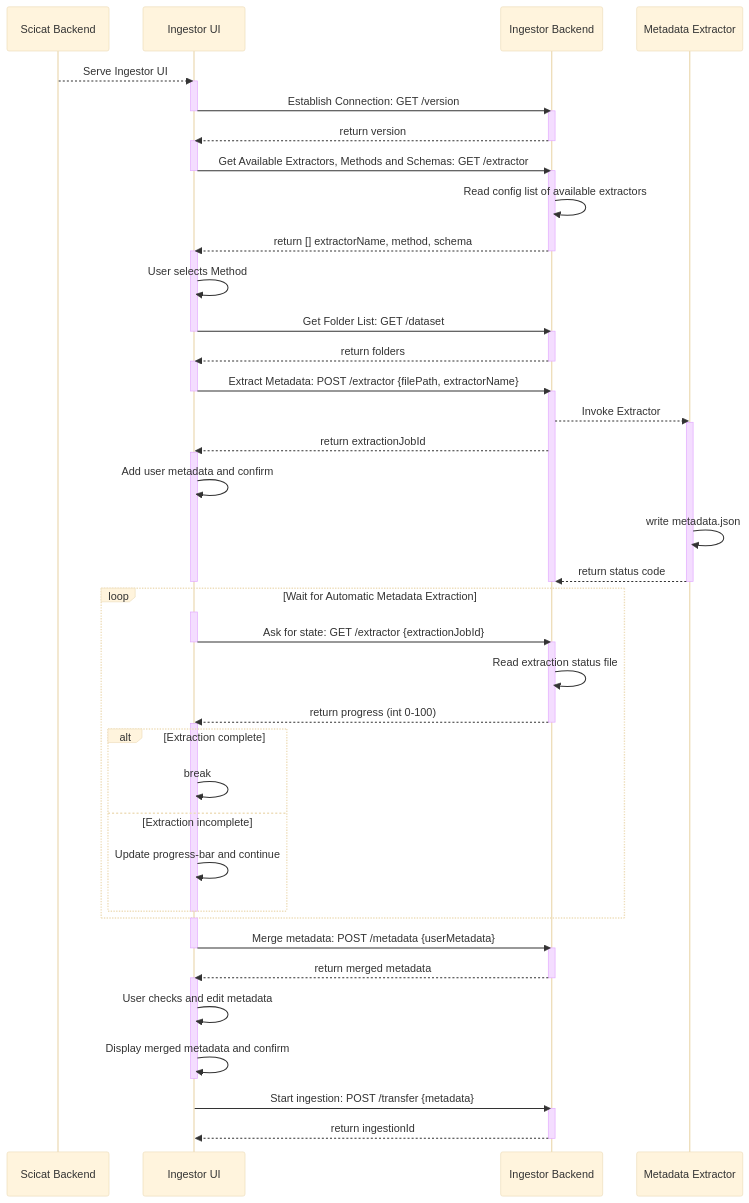
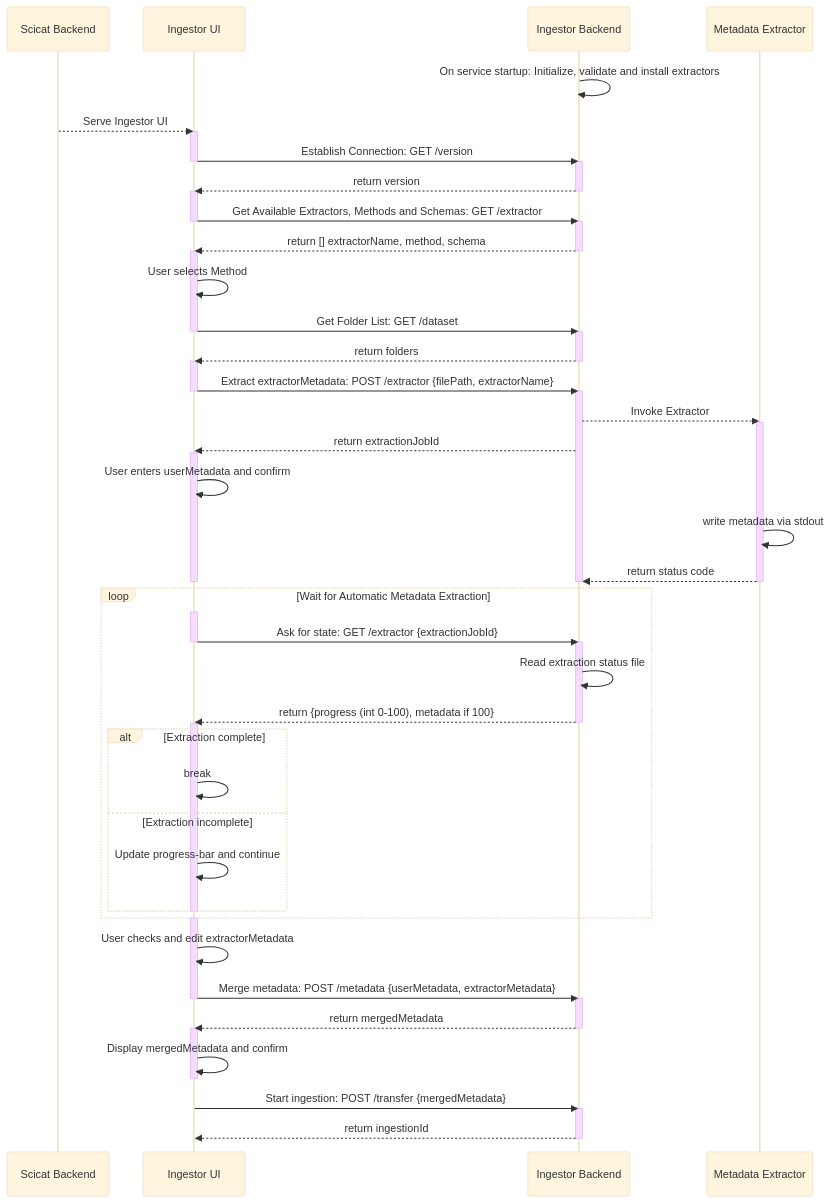
One commit to SwissOpenEM/openem-docs changed the diagram in docs/developer_docs/uiWorkflowSequence.md. Above: the diagram before and after it, drawn with Mermaid (base theme). The commit also changed other lines of this file, not shown here.

````diff
--- a/docs/developer_docs/uiWorkflowSequence.md
+++ b/docs/developer_docs/uiWorkflowSequence.md
@@ -8,77 +21,77 @@
 ```mermaid
 sequenceDiagram
   participant S as Scicat Backend
   participant U as Ingestor UI 
   participant B as Ingestor Backend 
   participant M as Metadata Extractor
+    B ->> B: On service startup: Initialize, validate and install extractors 
     S -->> U: Serve Ingestor UI
     activate U
     U ->> B: Establish Connection: GET /version
     deactivate U
     activate B
     B -->> U: return version
     deactivate B
     activate U
     U ->> B: Get Available Extractors, Methods and Schemas: GET /extractor
     deactivate U
     activate B
-    B ->> B: Read config list of available extractors
     B -->> U: return [] extractorName, method, schema
     deactivate B
     activate U
     U ->> U: User selects Method
     U ->> B: Get Folder List: GET /dataset
     deactivate U
     activate B
     B -->> U: return folders
     deactivate B
 
     activate U
-    U ->> B: Extract Metadata: POST /extractor {filePath, extractorName}
+    U ->> B: Extract extractorMetadata: POST /extractor {filePath, extractorName}
     deactivate U
     activate B
     B -->> M: Invoke Extractor
     activate M
     B -->> U: return extractionJobId
     activate U
-    U ->> U: Add user metadata and confirm
-    M ->> M: write metadata.json
+    U ->> U: User enters userMetadata and confirm
+    M ->> M: write metadata via stdout
     M -->> B: return status code
     deactivate M
     deactivate B
     deactivate U
 
     loop Wait for Automatic Metadata Extraction
         activate U
         U ->> B: Ask for state: GET /extractor {extractionJobId}
         deactivate U
         activate B
         B ->> B: Read extraction status file
-        B -->> U: return progress (int 0-100)
+        B -->> U: return {progress (int 0-100), metadata if 100}
         deactivate B
         activate U
         
         alt Extraction complete
             U ->> U: break
         else Extraction incomplete
             U ->> U: Update progress-bar and continue
         end
         deactivate U
     end
 
     activate U
-    U ->> B: Merge metadata: POST /metadata {userMetadata}
+    U ->> U: User checks and edit extractorMetadata
+    U ->> B: Merge metadata: POST /metadata {userMetadata, extractorMetadata}
     deactivate U
     activate B
-    B -->> U: return merged metadata
+    B -->> U: return mergedMetadata
     deactivate B
     activate U
-    U ->> U: User checks and edit metadata
-    U ->> U: Display merged metadata and confirm
+    U ->> U: Display mergedMetadata and confirm
     deactivate U
-    U ->> B: Start ingestion: POST /transfer {metadata}
+    U ->> B: Start ingestion: POST /transfer {mergedMetadata}
     activate B
     B -->> U: return ingestionId
     deactivate B
     
 ```
````
